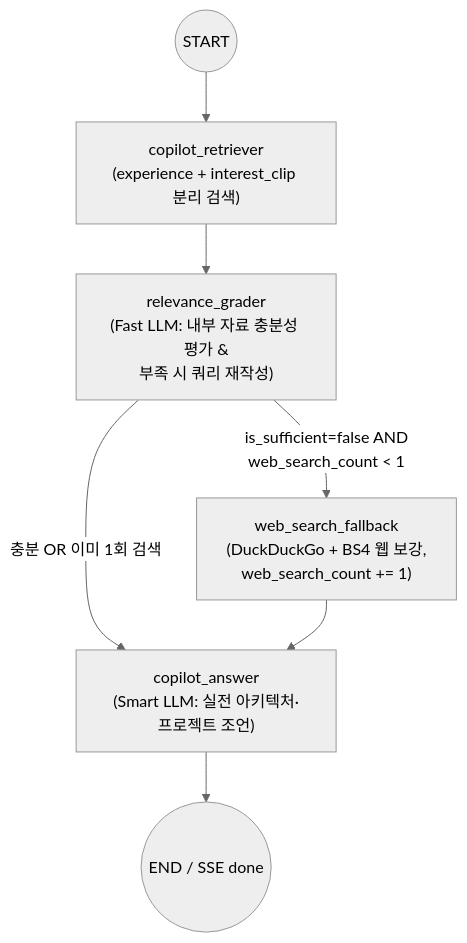
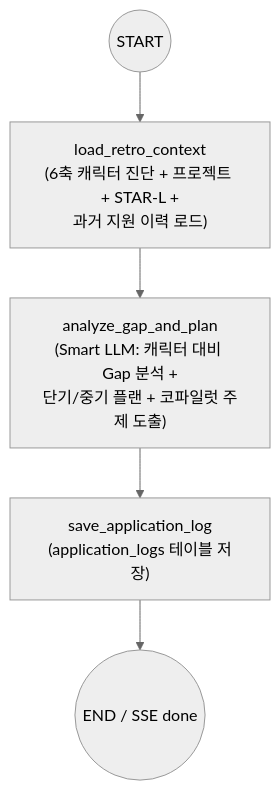
Before and after one commit to KASOP0306/write-on-vibe-lab: the fifth of 6 diagrams in WORKFLOWS.md, drawn with Mermaid (neutral theme). The commit also changed other lines of this file and 3 other files, not shown here.

Commit message:
docs: update README, ARCHITECTURE, WORKFLOWS, and DEPLOY_EC2 to latest 7-page architecture

````diff
--- a/WORKFLOWS.md
+++ b/WORKFLOWS.md
@@ -132,9 +162,7 @@
 ```mermaid
 flowchart TD
-    S((START)) --> RET["copilot_retriever\n(experience + interest_clip 분리 검색)"]
-    RET --> GRADE["relevance_grader\n(Fast LLM: 내부 자료 충분성 평가 &\n부족 시 쿼리 재작성)"]
-    GRADE -->|"is_sufficient=false AND\nweb_search_count < 1"| WEB["web_search_fallback\n(DuckDuckGo + BS4 웹 보강,\nweb_search_count += 1)"]
-    GRADE -->|"충분 OR 이미 1회 검색"| ANS["copilot_answer\n(Smart LLM: 실전 아키텍처·프로젝트 조언)"]
-    WEB --> ANS
-    ANS --> E((END / SSE done))
+    S((START)) --> LOAD["load_retro_context\n(6축 캐릭터 진단 + 프로젝트 + STAR-L +\n과거 지원 이력 로드)"]
+    LOAD --> PLAN["analyze_gap_and_plan\n(Smart LLM: 캐릭터 대비 Gap 분석 +\n단기/중기 플랜 + 코파일럿 주제 도출)"]
+    PLAN --> SAVE["save_application_log\n(application_logs 테이블 저장)"]
+    SAVE --> E((END / SSE done))
 ```
````
